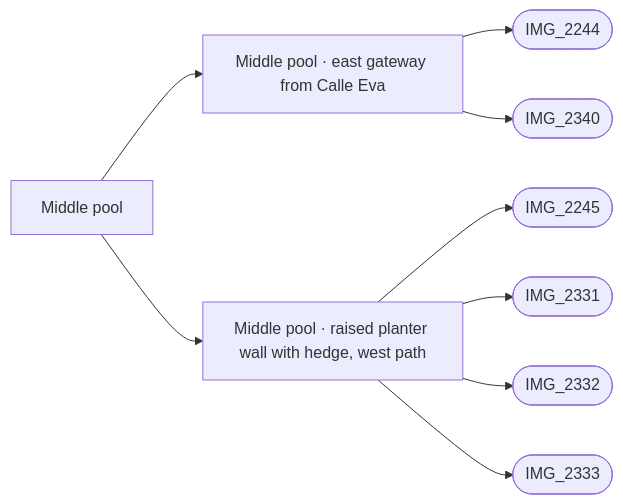
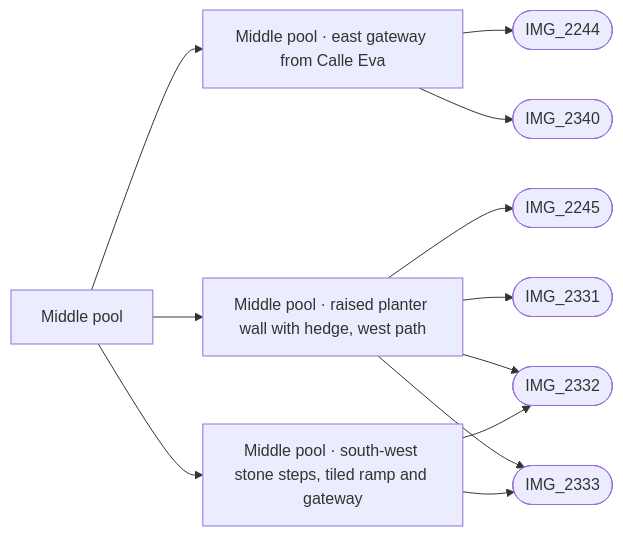
One commit to daveyboyc/villacana-venture changed the diagram in refs/areas/middle-pool.md. Above: the diagram before and after it, drawn with Mermaid. The commit also changed other lines of this file and 24 other files, not shown here.

Commit message:
feat: build southwest pool steps and gateway with local player ground

````diff
--- a/refs/areas/middle-pool.md
+++ b/refs/areas/middle-pool.md
@@ -42,12 +43,15 @@
 ```mermaid
 graph LR
   A["Middle pool"]
   A --> F0["Middle pool · east gateway from Calle Eva"]
   F0 --> PIMG_2244_jpg(["IMG_2244"])
   F0 --> PIMG_2340_jpg(["IMG_2340"])
   A --> F1["Middle pool · raised planter wall with hedge, west path"]
   F1 --> PIMG_2245_jpg(["IMG_2245"])
   F1 --> PIMG_2331_jpg(["IMG_2331"])
   F1 --> PIMG_2332_jpg(["IMG_2332"])
   F1 --> PIMG_2333_jpg(["IMG_2333"])
+  A --> F2["Middle pool · south-west stone steps, tiled ramp and gateway"]
+  F2 --> PIMG_2332_jpg(["IMG_2332"])
+  F2 --> PIMG_2333_jpg(["IMG_2333"])
 ```
````
